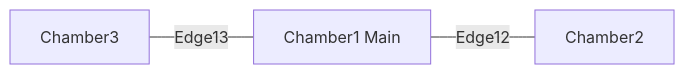
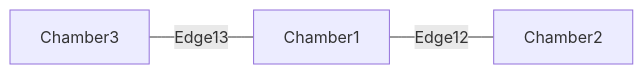
Before and after one commit to sarah-litz/Simulation_Control: the first of 2 diagrams in Control/Classes/README.md, drawn with Mermaid. The commit also changed other lines of this file and 13 other files, not shown here.

````diff
--- a/Control/Classes/README.md
+++ b/Control/Classes/README.md
@@ -26,5 +30,5 @@
 ```mermaid
 graph LR
-A[Chamber1 Main] -- Edge12 --- B[Chamber2]
-Chamber3 -- Edge13  --- A
+A[Chamber1] -- Edge12 --- B[Chamber2]
+C[Chamber3] -- Edge13  --- A
 ```
````
